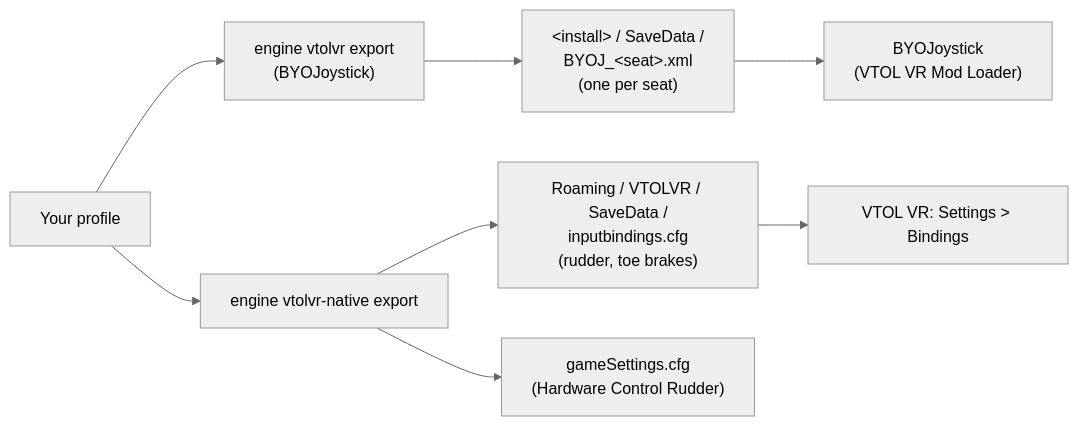
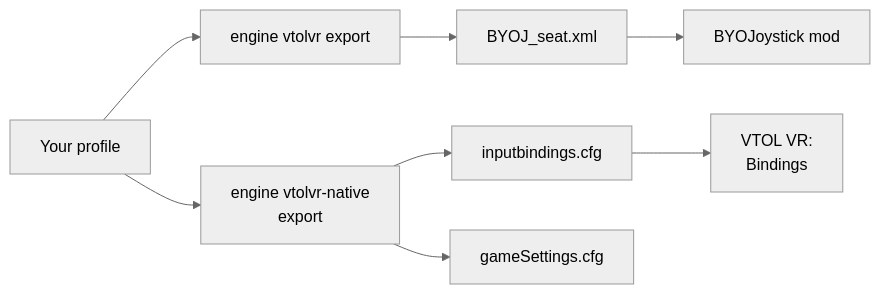
The diagram in website/content/games/vtol-vr.md (Holdi601/JoystickProfiler2), drawn with Mermaid (neutral theme) before and after one commit. The commit also changed other lines of this file and 718 other files, not shown here.

Commit message:
JoyPro2 2.7.0

````diff
--- a/website/content/games/vtol-vr.md
+++ b/website/content/games/vtol-vr.md
@@ -21,10 +160,11 @@
 ```mermaid
+%% caption: Two games in JoyPro: the BYOJoystick mod's files (one BYOJ_seat.xml per seat in the game's SaveData) and the game's own rudder and toe brakes (inputbindings.cfg, and Hardware Control Rudder in gameSettings.cfg).
 flowchart LR
-  P["Your profile"] --> B["engine vtolvr export<br/>(BYOJoystick)"]
-  P --> N["engine vtolvr-native export"]
-  B --> X["&lt;install&gt; / SaveData /<br/>BYOJ_&lt;seat&gt;.xml<br/>(one per seat)"]
-  N --> I["Roaming / VTOLVR / SaveData /<br/>inputbindings.cfg<br/>(rudder, toe brakes)"]
-  N --> S["gameSettings.cfg<br/>(Hardware Control Rudder)"]
-  X --> M["BYOJoystick<br/>(VTOL VR Mod Loader)"]
-  I --> G["VTOL VR: Settings > Bindings"]
+  P["Your profile"] --> B["engine vtolvr export"]
+  P --> N["engine vtolvr-native<br/>export"]
+  B --> X["BYOJ_seat.xml"]
+  N --> I["inputbindings.cfg"]
+  N --> S["gameSettings.cfg"]
+  X --> M["BYOJoystick mod"]
+  I --> G["VTOL VR:<br/>Bindings"]
 ```
````
